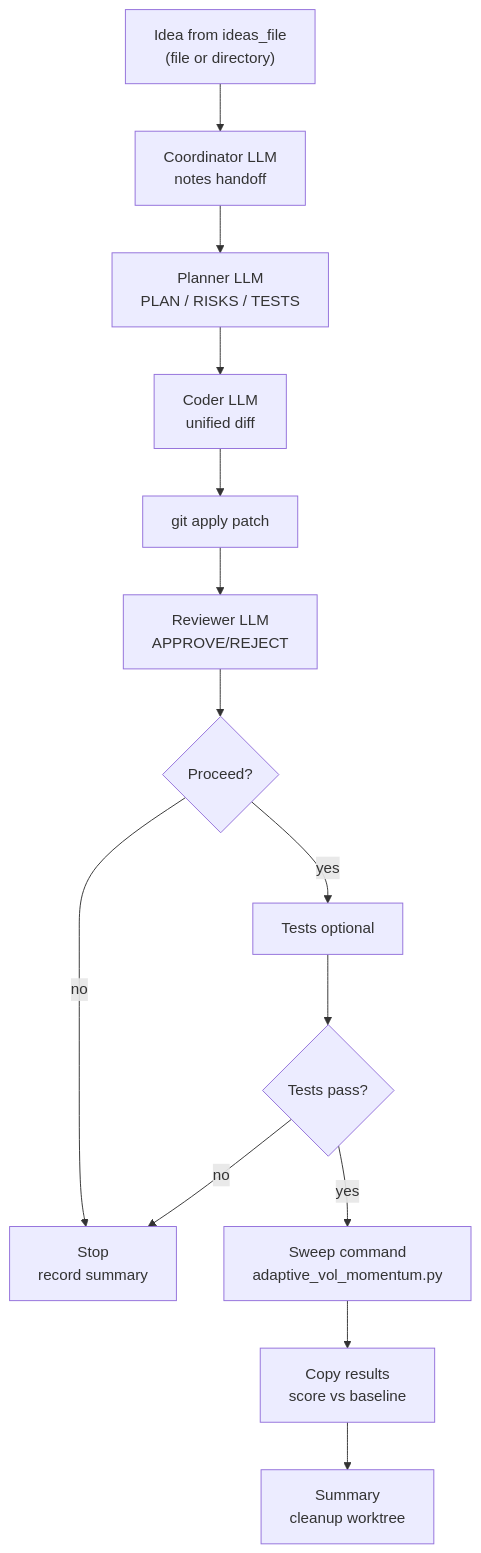
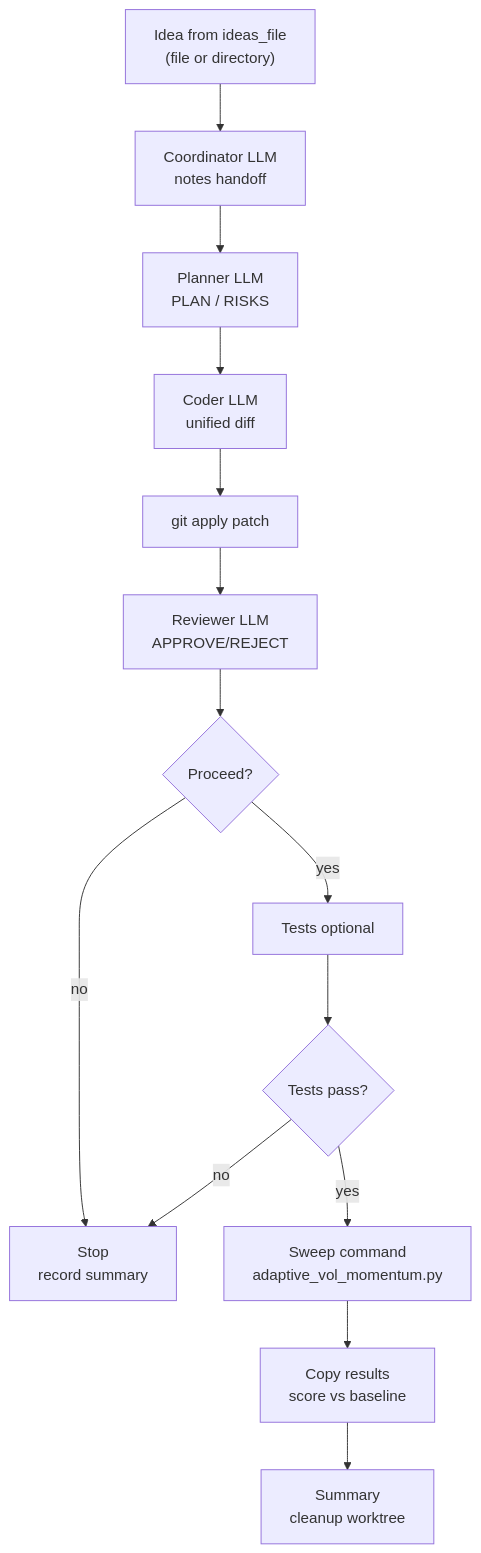
Before and after one commit to kayvonavishan/algo-meta-model-agent: the diagram in agentic_experimentation/AGENTS_README.md, drawn with Mermaid. The commit also changed other lines of this file and 9 other files, not shown here.

````diff
--- a/agentic_experimentation/AGENTS_README.md
+++ b/agentic_experimentation/AGENTS_README.md
@@ -7,16 +7,16 @@
 ```mermaid
 graph TD
     A["Idea from ideas_file<br/>(file or directory)"] --> B["Coordinator LLM<br/>notes handoff"]
-    B --> C["Planner LLM<br/>PLAN / RISKS / TESTS"]
+    B --> C["Planner LLM<br/>PLAN / RISKS"]
     C --> D["Coder LLM<br/>unified diff"]
     D --> E["git apply patch"]
     E --> F["Reviewer LLM<br/>APPROVE/REJECT"]
     F --> G{Proceed?}
     G -- no --> H["Stop<br/>record summary"]
     G -- yes --> I["Tests optional"]
     I --> J{Tests pass?}
     J -- no --> H
     J -- yes --> K["Sweep command<br/>adaptive_vol_momentum.py"]
     K --> L["Copy results<br/>score vs baseline"]
     L --> M["Summary<br/>cleanup worktree"]
 ```
````
